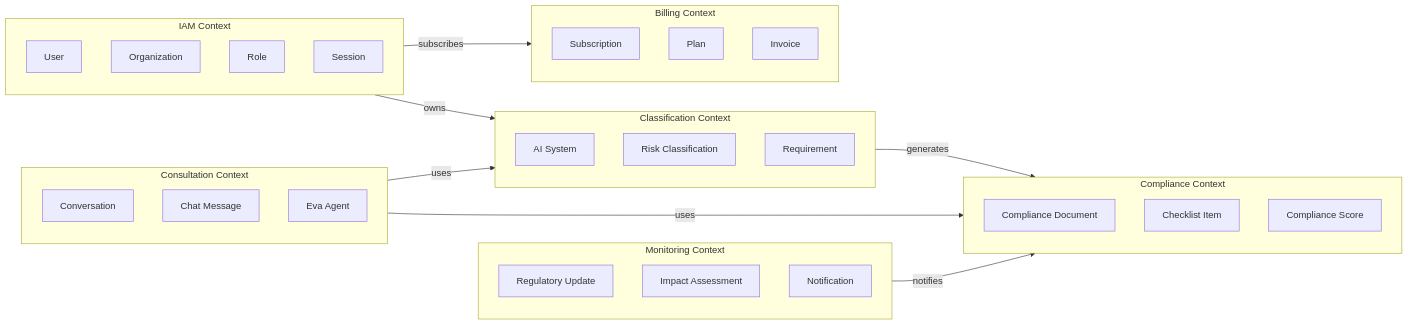
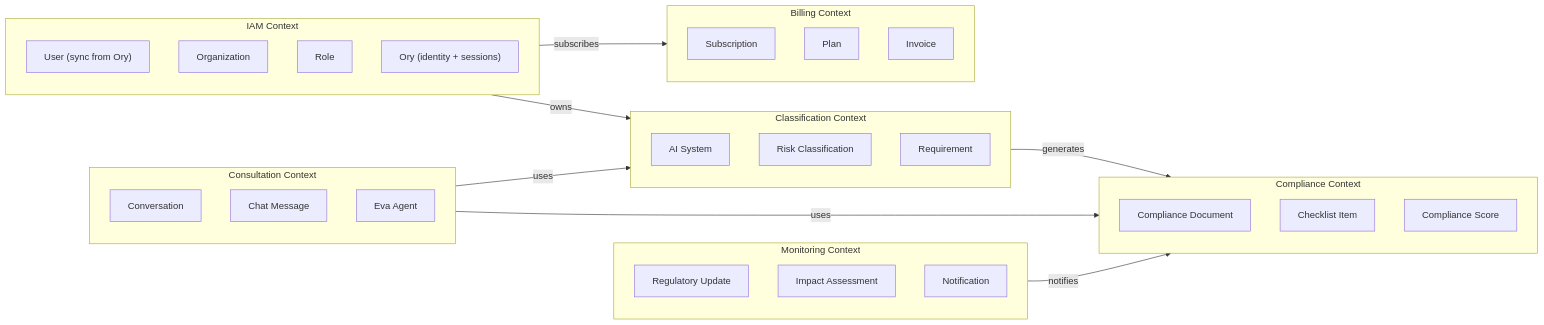
Before and after one commit to complior/complior: the second of 4 diagrams in docs/ARCHITECTURE.md, drawn with Mermaid. The commit also changed other lines of this file and 10 other files, not shown here.

````diff
--- a/docs/ARCHITECTURE.md
+++ b/docs/ARCHITECTURE.md
@@ -145,46 +163,46 @@
 ```mermaid
 graph LR
     subgraph IAM["IAM Context"]
-        User["User"]
+        User["User (sync from Ory)"]
         Organization["Organization"]
         Role["Role"]
-        Session["Session"]
+        OryAuth["Ory (identity + sessions)"]
     end
 
     subgraph Classification["Classification Context"]
         AISystem["AI System"]
         RiskClassification["Risk Classification"]
         Requirement["Requirement"]
     end
 
     subgraph Compliance["Compliance Context"]
         ComplianceDoc["Compliance Document"]
         ChecklistItem["Checklist Item"]
         ComplianceScore["Compliance Score"]
     end
 
     subgraph Consultation["Consultation Context"]
         Conversation["Conversation"]
         ChatMessage["Chat Message"]
         EvaAgent["Eva Agent"]
     end
 
     subgraph Monitoring["Monitoring Context"]
         RegulatoryUpdate["Regulatory Update"]
         ImpactAssessment["Impact Assessment"]
         Notification["Notification"]
     end
 
     subgraph Billing["Billing Context"]
         Subscription["Subscription"]
         Plan["Plan"]
         Invoice["Invoice"]
     end
 
     IAM -->|"owns"| Classification
     Classification -->|"generates"| Compliance
     Consultation -->|"uses"| Classification
     Consultation -->|"uses"| Compliance
     Monitoring -->|"notifies"| Compliance
     IAM -->|"subscribes"| Billing
 ```
````
